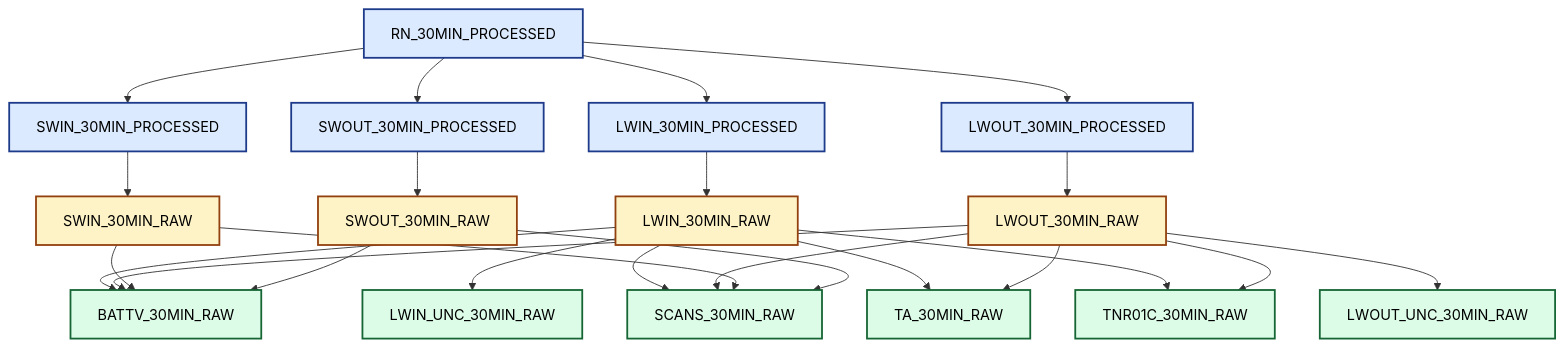
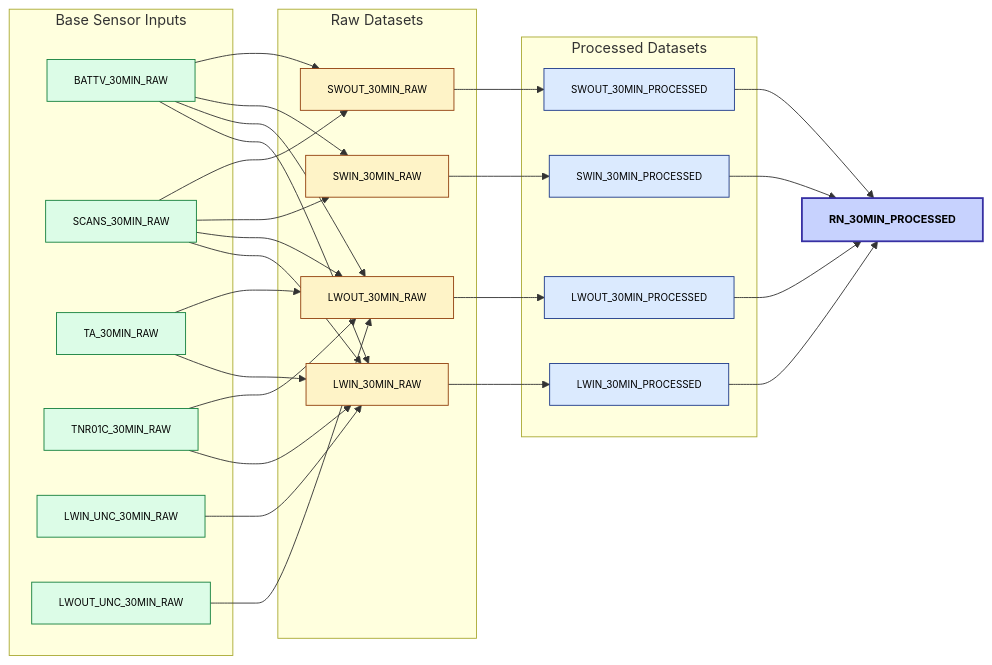
The diagram in adrs/011-metadata-driven-dag-processor.md (NERC-CEH/fdri_words), drawn with Mermaid before and after one commit.

Commit message:
Try LR mermaid

````diff
--- a/adrs/011-metadata-driven-dag-processor.md
+++ b/adrs/011-metadata-driven-dag-processor.md
@@ -60,69 +60,79 @@
 ```mermaid
-graph TD
+graph LR
+  %% === Layout Direction ===
+  %% LR = left-to-right
+  %% Nodes are grouped into subgraphs for readability
 
-  %% === Top-level Derived Variable ===
-  RN_PROCESSED["RN_30MIN_PROCESSED"]
+  %% --- Base Sensor Inputs ---
+  subgraph BASE["Base Sensor Inputs"]
+    BATTV_RAW["BATTV_30MIN_RAW"]
+    SCANS_RAW["SCANS_30MIN_RAW"]
+    TA_RAW["TA_30MIN_RAW"]
+    TNR01C_RAW["TNR01C_30MIN_RAW"]
+    LWIN_UNC_RAW["LWIN_UNC_30MIN_RAW"]
+    LWOUT_UNC_RAW["LWOUT_UNC_30MIN_RAW"]
+  end
 
-  %% === Processed Dependencies ===
-  LWIN_PROC["LWIN_30MIN_PROCESSED"]
-  LWOUT_PROC["LWOUT_30MIN_PROCESSED"]
-  SWIN_PROC["SWIN_30MIN_PROCESSED"]
-  SWOUT_PROC["SWOUT_30MIN_PROCESSED"]
+  %% --- Raw Datasets ---
+  subgraph RAW["Raw Datasets"]
+    LWIN_RAW["LWIN_30MIN_RAW"]
+    LWOUT_RAW["LWOUT_30MIN_RAW"]
+    SWIN_RAW["SWIN_30MIN_RAW"]
+    SWOUT_RAW["SWOUT_30MIN_RAW"]
+  end
 
-  %% === Raw Dependencies ===
-  LWIN_RAW["LWIN_30MIN_RAW"]
-  LWOUT_RAW["LWOUT_30MIN_RAW"]
-  SWIN_RAW["SWIN_30MIN_RAW"]
-  SWOUT_RAW["SWOUT_30MIN_RAW"]
+  %% --- Processed Datasets ---
+  subgraph PROCESSED["Processed Datasets"]
+    LWIN_PROC["LWIN_30MIN_PROCESSED"]
+    LWOUT_PROC["LWOUT_30MIN_PROCESSED"]
+    SWIN_PROC["SWIN_30MIN_PROCESSED"]
+    SWOUT_PROC["SWOUT_30MIN_PROCESSED"]
+  end
 
-  %% === Shared Lower-Level Dependencies ===
-  BATTV_RAW["BATTV_30MIN_RAW"]
-  SCANS_RAW["SCANS_30MIN_RAW"]
-  TA_RAW["TA_30MIN_RAW"]
-  TNR01C_RAW["TNR01C_30MIN_RAW"]
-  LWIN_UNC_RAW["LWIN_UNC_30MIN_RAW"]
-  LWOUT_UNC_RAW["LWOUT_UNC_30MIN_RAW"]
+  %% --- Derived Variable ---
+  RN_PROC["RN_30MIN_PROCESSED"]
 
-  %% === Relationships ===
-  RN_PROCESSED --> LWIN_PROC
-  RN_PROCESSED --> LWOUT_PROC
-  RN_PROCESSED --> SWIN_PROC
-  RN_PROCESSED --> SWOUT_PROC
+  %% === Dependencies ===
+  %% Base → Raw
+  BATTV_RAW --> LWIN_RAW
+  BATTV_RAW --> LWOUT_RAW
+  BATTV_RAW --> SWIN_RAW
+  BATTV_RAW --> SWOUT_RAW
 
-  LWIN_PROC --> LWIN_RAW
-  LWOUT_PROC --> LWOUT_RAW
-  SWIN_PROC --> SWIN_RAW
-  SWOUT_PROC --> SWOUT_RAW
+  SCANS_RAW --> LWIN_RAW
+  SCANS_RAW --> LWOUT_RAW
+  SCANS_RAW --> SWIN_RAW
+  SCANS_RAW --> SWOUT_RAW
 
-  %% --- LWIN RAW deps ---
-  LWIN_RAW --> BATTV_RAW
-  LWIN_RAW --> LWIN_UNC_RAW
-  LWIN_RAW --> SCANS_RAW
-  LWIN_RAW --> TA_RAW
-  LWIN_RAW --> TNR01C_RAW
+  TA_RAW --> LWIN_RAW
+  TA_RAW --> LWOUT_RAW
 
-  %% --- LWOUT RAW deps ---
-  LWOUT_RAW --> BATTV_RAW
-  LWOUT_RAW --> LWOUT_UNC_RAW
-  LWOUT_RAW --> SCANS_RAW
-  LWOUT_RAW --> TA_RAW
-  LWOUT_RAW --> TNR01C_RAW
+  TNR01C_RAW --> LWIN_RAW
+  TNR01C_RAW --> LWOUT_RAW
 
-  %% --- SWIN RAW deps ---
-  SWIN_RAW --> BATTV_RAW
-  SWIN_RAW --> SCANS_RAW
+  LWIN_UNC_RAW --> LWIN_RAW
+  LWOUT_UNC_RAW --> LWOUT_RAW
 
-  %% --- SWOUT RAW deps ---
-  SWOUT_RAW --> BATTV_RAW
-  SWOUT_RAW --> SCANS_RAW
+  %% Raw → Processed
+  LWIN_RAW --> LWIN_PROC
+  LWOUT_RAW --> LWOUT_PROC
+  SWIN_RAW --> SWIN_PROC
+  SWOUT_RAW --> SWOUT_PROC
+
+  %% Processed → Derived
+  LWIN_PROC --> RN_PROC
+  LWOUT_PROC --> RN_PROC
+  SWIN_PROC --> RN_PROC
+  SWOUT_PROC --> RN_PROC
 
   %% === Styling ===
-  classDef processed fill:#dbeafe,stroke:#1e3a8a,stroke-width:2px,color:#000;
-  classDef raw fill:#fef3c7,stroke:#92400e,stroke-width:2px,color:#000;
-  classDef base fill:#dcfce7,stroke:#166534,stroke-width:2px,color:#000;
+  classDef base fill:#dcfce7,stroke:#15803d,stroke-width:1px,color:#000,font-size:11px;
+  classDef raw fill:#fef3c7,stroke:#92400e,stroke-width:1px,color:#000,font-size:11px;
+  classDef processed fill:#dbeafe,stroke:#1e3a8a,stroke-width:1px,color:#000,font-size:11px;
+  classDef derived fill:#c7d2fe,stroke:#3730a3,stroke-width:2px,color:#000,font-weight:bold,font-size:12px;
 
-  class RN_PROCESSED processed
-  class LWIN_PROC,LWOUT_PROC,SWIN_PROC,SWOUT_PROC processed
-  class LWIN_RAW,LWOUT_RAW,SWIN_RAW,SWOUT_RAW raw
-  class BATTV_RAW,SCANS_RAW,TA_RAW,TNR01C_RAW,LWIN_UNC_RAW,LWOUT_UNC_RAW base
+  class BATTV_RAW,SCANS_RAW,TA_RAW,TNR01C_RAW,LWIN_UNC_RAW,LWOUT_UNC_RAW base;
+  class LWIN_RAW,LWOUT_RAW,SWIN_RAW,SWOUT_RAW raw;
+  class LWIN_PROC,LWOUT_PROC,SWIN_PROC,SWOUT_PROC processed;
+  class RN_PROC derived;
 ```
````
